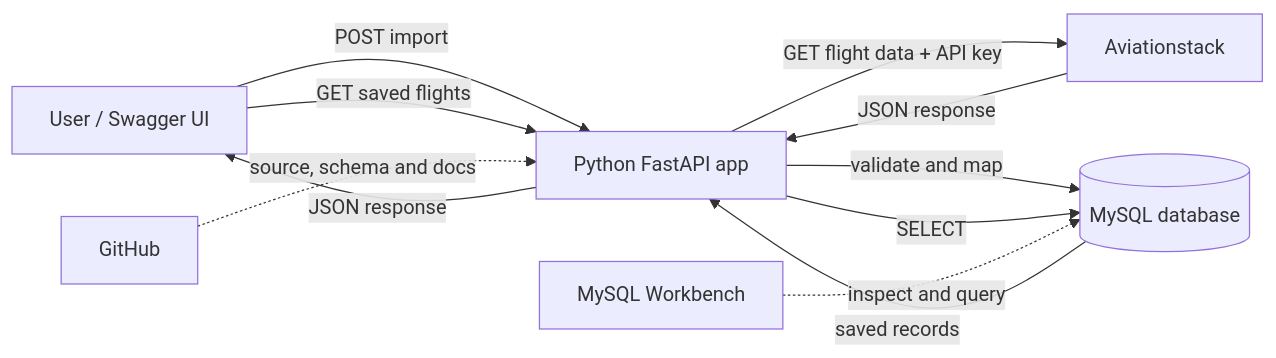
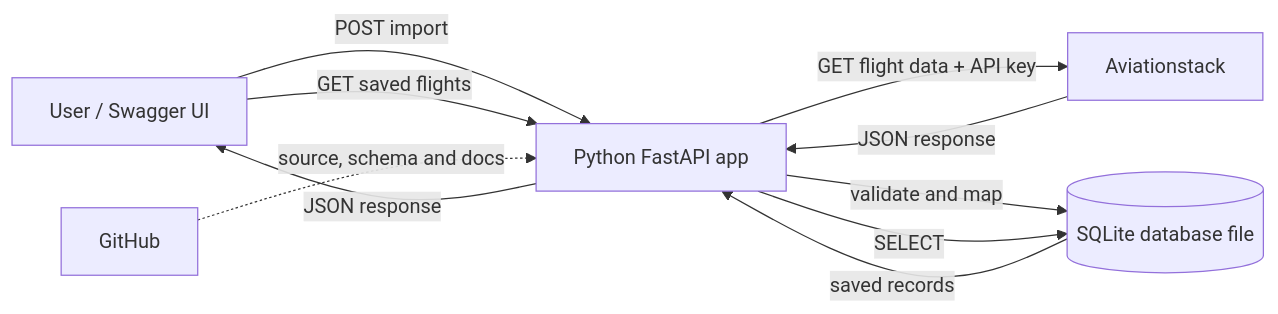
The diagram in plan.md (PranavTiwari007/restAPI), drawn with Mermaid before and after one commit. The commit also changed other lines of this file, not shown here.

````diff
--- a/plan.md
+++ b/plan.md
@@ -11,13 +13,12 @@
 ```mermaid
 flowchart LR
     U[User / Swagger UI] -->|POST import| A[Python FastAPI app]
     A -->|GET flight data + API key| X[Aviationstack]
     X -->|JSON response| A
-    A -->|validate and map| D[(MySQL database)]
+    A -->|validate and map| D[(SQLite database file)]
     U -->|GET saved flights| A
     A -->|SELECT| D
     D -->|saved records| A
     A -->|JSON response| U
-    W[MySQL Workbench] -. inspect and query .-> D
     G[GitHub] -. source, schema and docs .-> A
 ```
````
